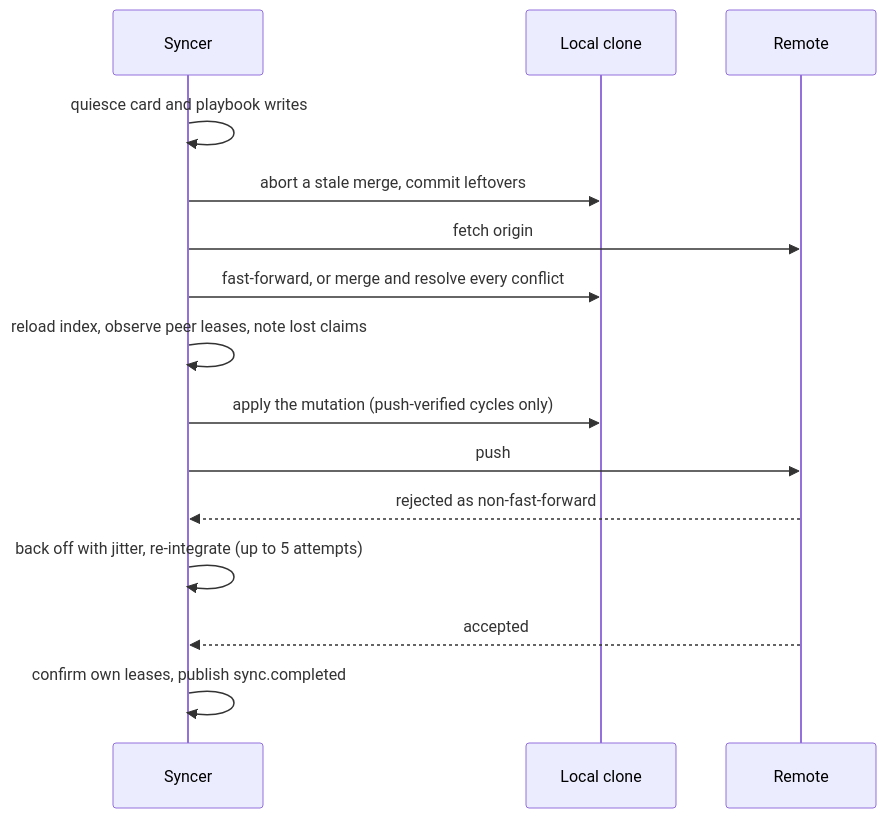
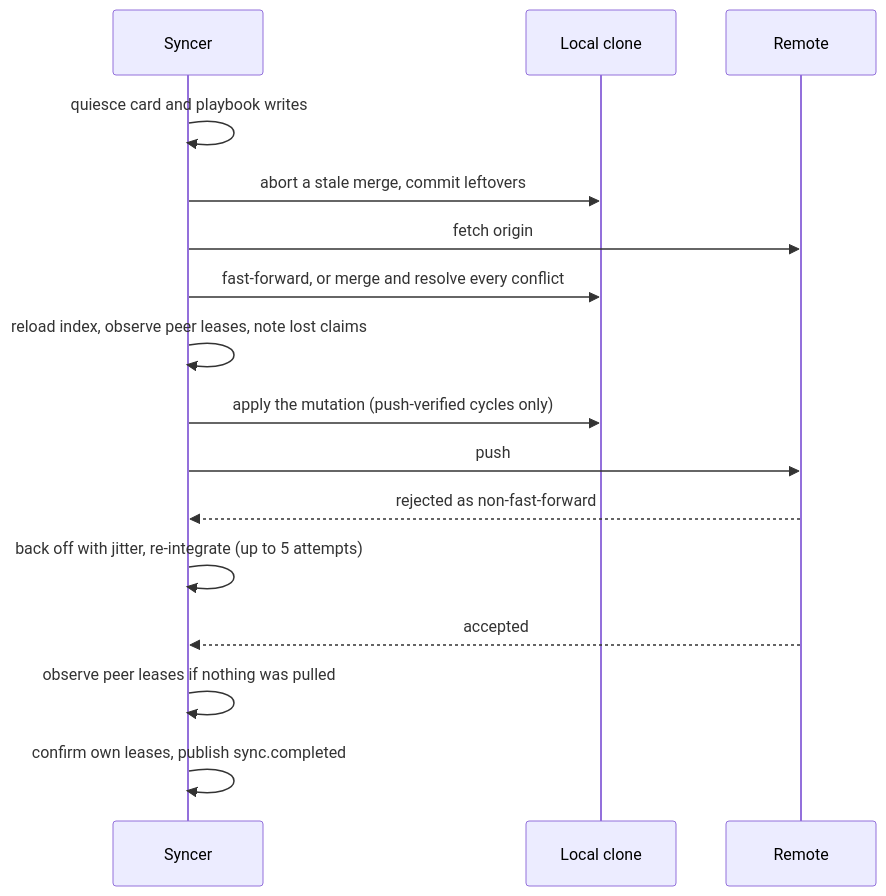
Before and after one commit to mhersson/contextmatrix: the diagram in docs/shared-boards.md, drawn with Mermaid. The commit also changed other lines of this file and 6 other files, not shown here.

First line of the commit message:
fix(gitsync): observe peer leases on every successful sync cycle

````diff
--- a/docs/shared-boards.md
+++ b/docs/shared-boards.md
@@ -53,17 +53,18 @@
 ```mermaid
 sequenceDiagram
     participant S as Syncer
     participant G as Local clone
     participant R as Remote
     S->>S: quiesce card and playbook writes
     S->>G: abort a stale merge, commit leftovers
     S->>R: fetch origin
     S->>G: fast-forward, or merge and resolve every conflict
     S->>S: reload index, observe peer leases, note lost claims
     S->>G: apply the mutation (push-verified cycles only)
     S->>R: push
     R-->>S: rejected as non-fast-forward
     S->>S: back off with jitter, re-integrate (up to 5 attempts)
     R-->>S: accepted
+    S->>S: observe peer leases if nothing was pulled
     S->>S: confirm own leases, publish sync.completed
 ```
````
